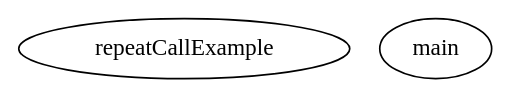
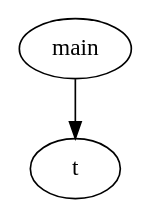
Before and after one commit to popov-p/itmo-spo-2024: the diagram in samples/output/sample1/sample1-cg.dot, drawn with Graphviz. The commit also changed 11 other files, not shown here.

```diff
--- a/samples/output/sample1/sample1-cg.dot
+++ b/samples/output/sample1/sample1-cg.dot
@@ -1,4 +1,5 @@
 digraph CallGraph {
-    node2713117680 [label="repeatCallExample"];
-    node2713311744 [label="main"];
+    node3233487840 [label="t"];
+    node3233492208 [label="main"];
+    node3233492208 -> node3233487840;
 }
```
